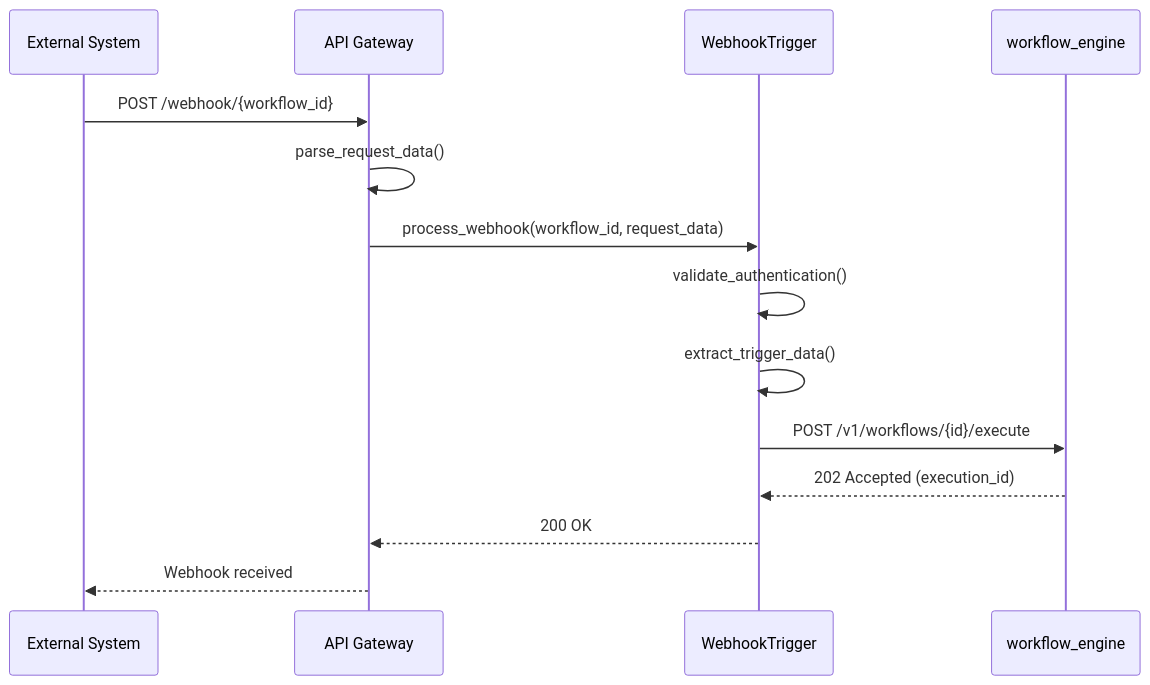
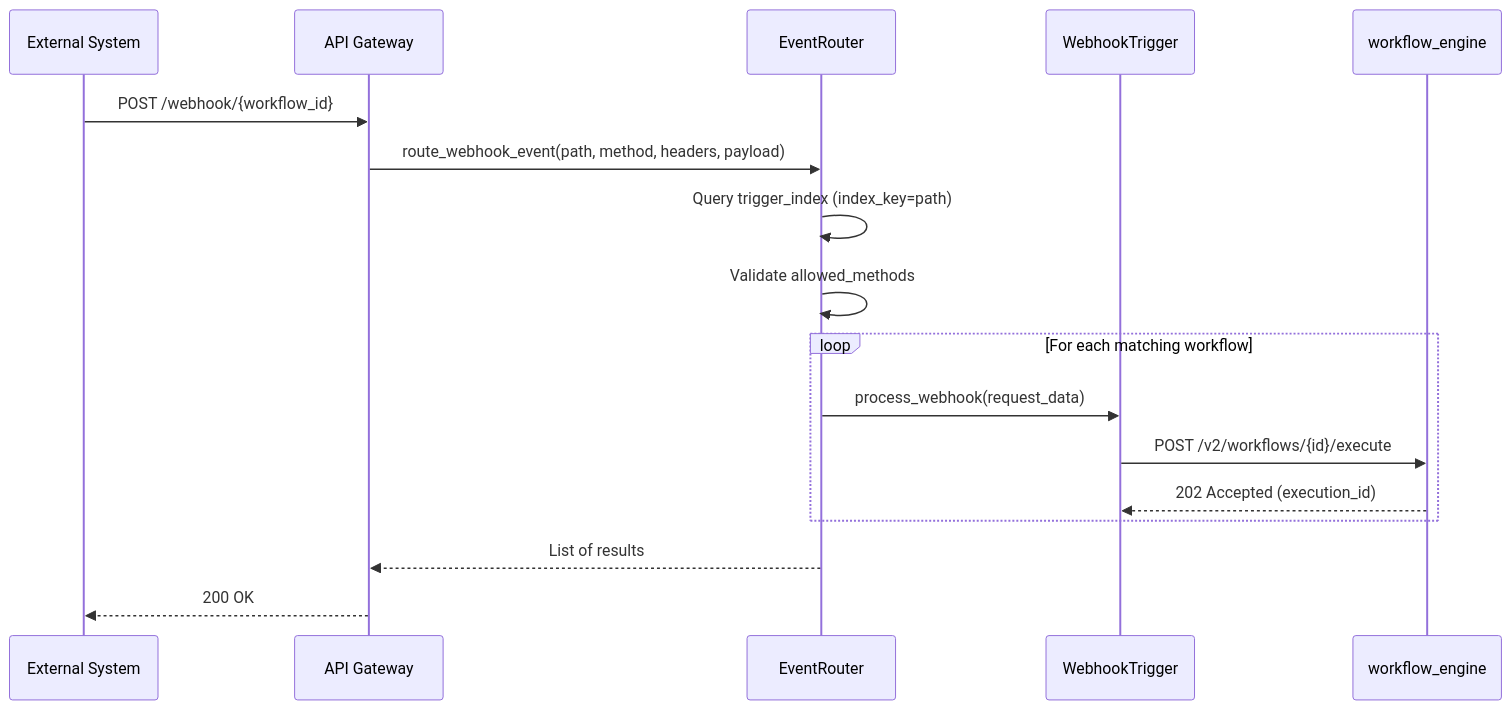
The seventh of 9 diagrams in docs/tech-design/workflow-scheduler-architecture.md (CurvatureX/agent_team_monorepo), drawn with Mermaid before and after one commit. The commit also changed other lines of this file and 22 other files, not shown here.

````diff
--- a/docs/tech-design/workflow-scheduler-architecture.md
+++ b/docs/tech-design/workflow-scheduler-architecture.md
@@ -910,20 +651,23 @@
 ```mermaid
 sequenceDiagram
     participant Client as External System
     participant Gateway as API Gateway
+    participant EventRouter
     participant Webhook as WebhookTrigger
     participant Engine as workflow_engine
 
     Client->>Gateway: POST /webhook/{workflow_id}
-    Gateway->>Gateway: parse_request_data()
-    Gateway->>Webhook: process_webhook(workflow_id, request_data)
+    Gateway->>EventRouter: route_webhook_event(path, method, headers, payload)
 
-    Webhook->>Webhook: validate_authentication()
-    Webhook->>Webhook: extract_trigger_data()
+    EventRouter->>EventRouter: Query trigger_index (index_key=path)
+    EventRouter->>EventRouter: Validate allowed_methods
 
-    Webhook->>Engine: POST /v1/workflows/{id}/execute
-    Engine-->>Webhook: 202 Accepted (execution_id)
+    loop For each matching workflow
+        EventRouter->>Webhook: process_webhook(request_data)
+        Webhook->>Engine: POST /v2/workflows/{id}/execute
+        Engine-->>Webhook: 202 Accepted (execution_id)
+    end
 
-    Webhook-->>Gateway: 200 OK
-    Gateway-->>Client: Webhook received
+    EventRouter-->>Gateway: List of results
+    Gateway-->>Client: 200 OK
 ```
````
